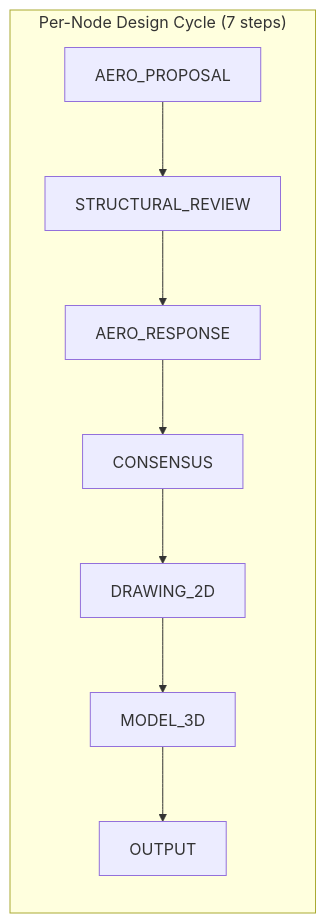
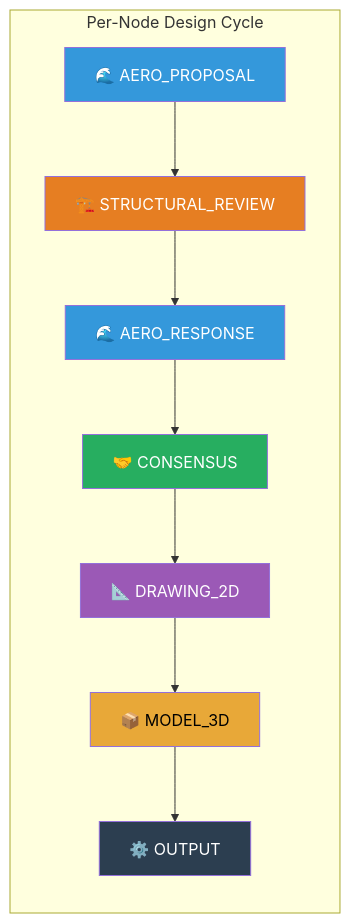
Before and after one commit to ipanov/aeroforge: the second of 2 diagrams in README.md, drawn with Mermaid. The commit also changed other lines of this file and 18 other files, not shown here.

First line of the commit message:
Add FSL-1.1-ALv2 license, wiki pages, colored Mermaid charts

````diff
--- a/README.md
+++ b/README.md
@@ -53,11 +66,19 @@
 ```mermaid
 flowchart LR
-    subgraph "Per-Node Design Cycle (7 steps)"
-        AP[AERO_PROPOSAL] --> SR[STRUCTURAL_REVIEW]
-        SR --> AR[AERO_RESPONSE]
-        AR --> CO[CONSENSUS]
-        CO --> D2[DRAWING_2D]
-        D2 --> M3[MODEL_3D]
-        M3 --> OU[OUTPUT]
+    subgraph "Per-Node Design Cycle"
+        AP["🌊 AERO_PROPOSAL"] --> SR["🏗️ STRUCTURAL_REVIEW"]
+        SR --> AR["🌊 AERO_RESPONSE"]
+        AR --> CO["🤝 CONSENSUS"]
+        CO --> D2["📐 DRAWING_2D"]
+        D2 --> M3["📦 MODEL_3D"]
+        M3 --> OU["⚙️ OUTPUT"]
     end
+
+    style AP fill:#3498db,color:#fff
+    style SR fill:#e67e22,color:#fff
+    style AR fill:#3498db,color:#fff
+    style CO fill:#27ae60,color:#fff
+    style D2 fill:#9b59b6,color:#fff
+    style M3 fill:#e8a838,color:#000
+    style OU fill:#2c3e50,color:#fff
 ```
````
